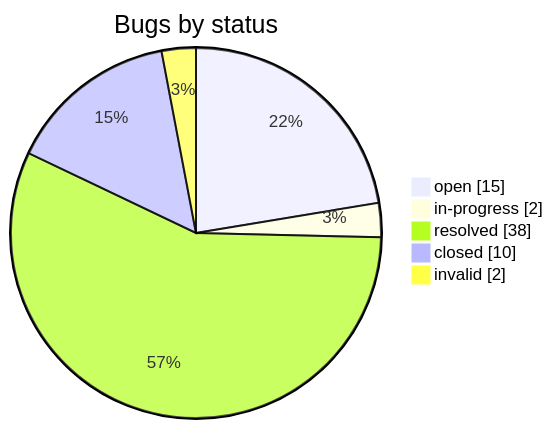
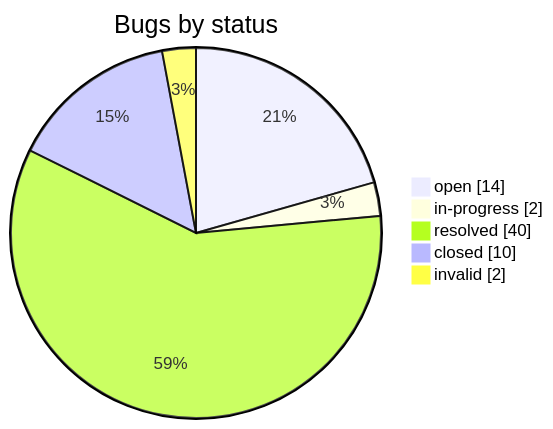
One commit to iammaxsu/automatic-testing-architecture changed the second of 2 diagrams in STATUS.md. Above: the diagram before and after it, drawn with Mermaid. The commit also changed other lines of this file and 10 other files, not shown here.

````diff
--- a/STATUS.md
+++ b/STATUS.md
@@ -165,8 +165,8 @@
 ```mermaid
 pie showData title Bugs by status
-    "open" : 15
+    "open" : 14
     "in-progress" : 2
-    "resolved" : 38
+    "resolved" : 40
     "closed" : 10
     "invalid" : 2
 ```
````
